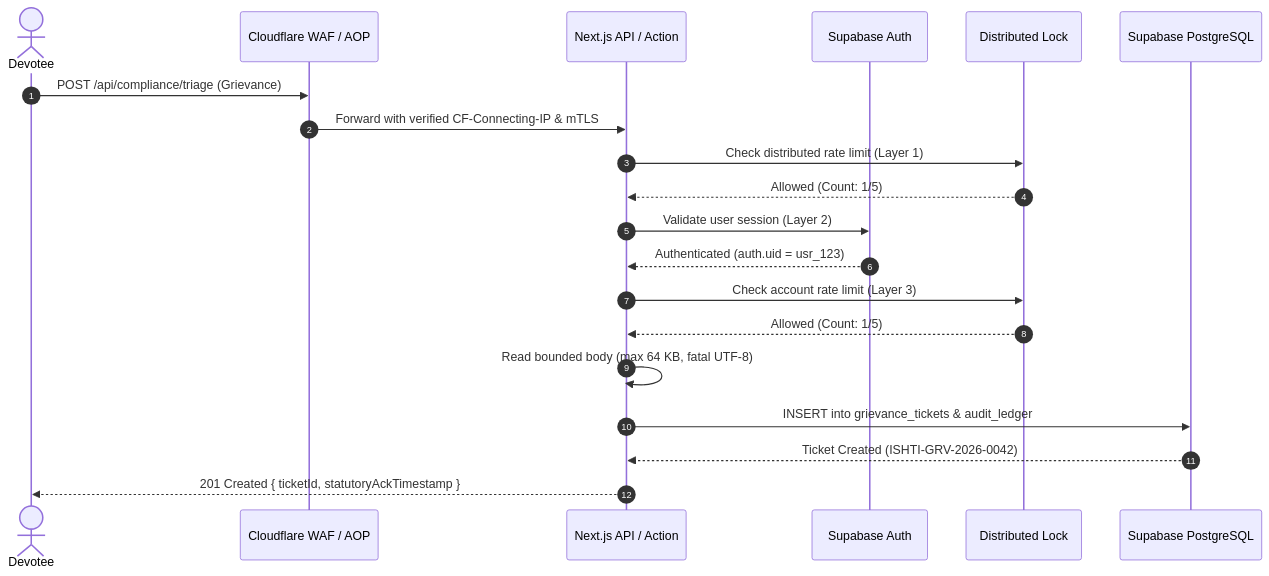
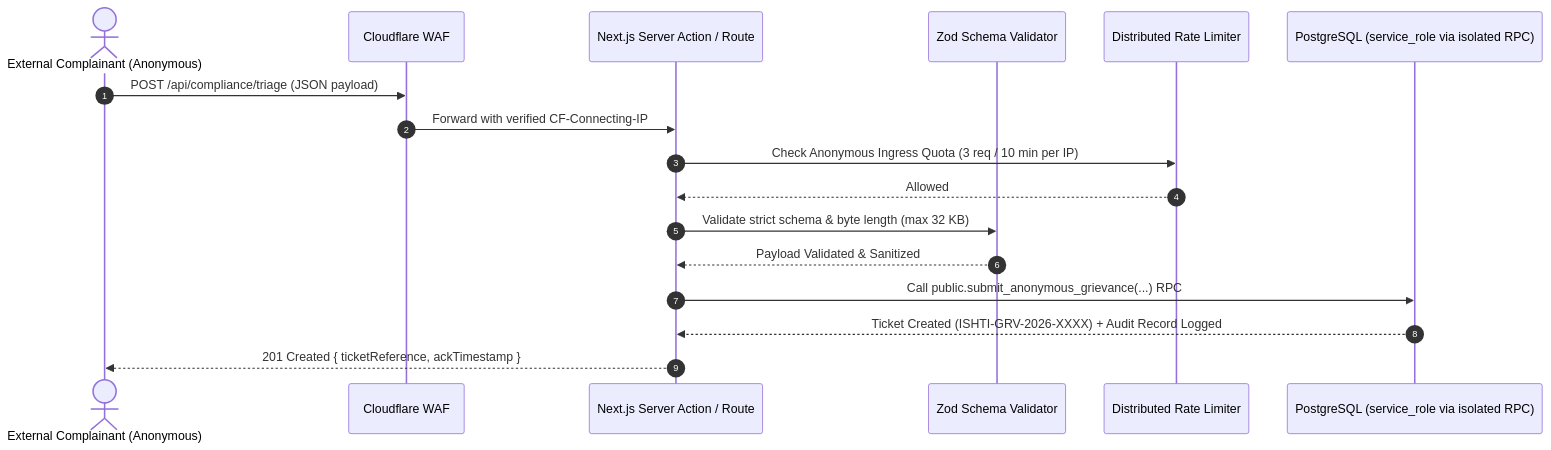
One commit to Sunder-Chauhan/Ishti-OS changed the third of 5 diagrams in docs/M06_ARCHITECTURE_AND_IMPLEMENTATION_PLAN.md. Above: the diagram before and after it, drawn with Mermaid. The commit also changed other lines of this file and 9 other files, not shown here.

Commit message:
docs(m06): revise architecture planning deliverables and author pre-implementation decision register

````diff
--- a/docs/M06_ARCHITECTURE_AND_IMPLEMENTATION_PLAN.md
+++ b/docs/M06_ARCHITECTURE_AND_IMPLEMENTATION_PLAN.md
@@ -161,23 +146,20 @@
 ```mermaid
 sequenceDiagram
     autonumber
-    actor Devotee
-    participant WAF as Cloudflare WAF / AOP
-    participant API as Next.js API / Action
-    participant Auth as Supabase Auth
-    participant Redis as Distributed Lock
-    participant DB as Supabase PostgreSQL
+    actor Complainant as External Complainant (Anonymous)
+    participant WAF as Cloudflare WAF
+    participant Action as Next.js Server Action / Route
+    participant Zod as Zod Schema Validator
+    participant Limiter as Distributed Rate Limiter
+    participant DB as PostgreSQL (service_role via isolated RPC)
     
-    Devotee->>WAF: POST /api/compliance/triage (Grievance)
-    WAF->>API: Forward with verified CF-Connecting-IP & mTLS
-    API->>Redis: Check distributed rate limit (Layer 1)
-    Redis-->>API: Allowed (Count: 1/5)
-    API->>Auth: Validate user session (Layer 2)
-    Auth-->>API: Authenticated (auth.uid = usr_123)
-    API->>Redis: Check account rate limit (Layer 3)
-    Redis-->>API: Allowed (Count: 1/5)
-    API->>API: Read bounded body (max 64 KB, fatal UTF-8)
-    API->>DB: INSERT into grievance_tickets & audit_ledger
-    DB-->>API: Ticket Created (ISHTI-GRV-2026-0042)
-    API-->>Devotee: 201 Created { ticketId, statutoryAckTimestamp }
+    Complainant->>WAF: POST /api/compliance/triage (JSON payload)
+    WAF->>Action: Forward with verified CF-Connecting-IP
+    Action->>Limiter: Check Anonymous Ingress Quota (3 req / 10 min per IP)
+    Limiter-->>Action: Allowed
+    Action->>Zod: Validate strict schema & byte length (max 32 KB)
+    Zod-->>Action: Payload Validated & Sanitized
+    Action->>DB: Call public.submit_anonymous_grievance(...) RPC
+    DB-->>Action: Ticket Created (ISHTI-GRV-2026-XXXX) + Audit Record Logged
+    Action-->>Complainant: 201 Created { ticketReference, ackTimestamp }
 ```
````
